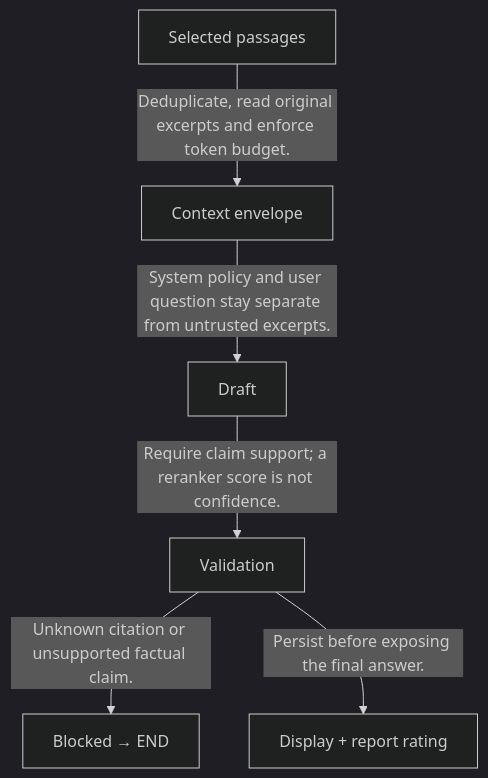
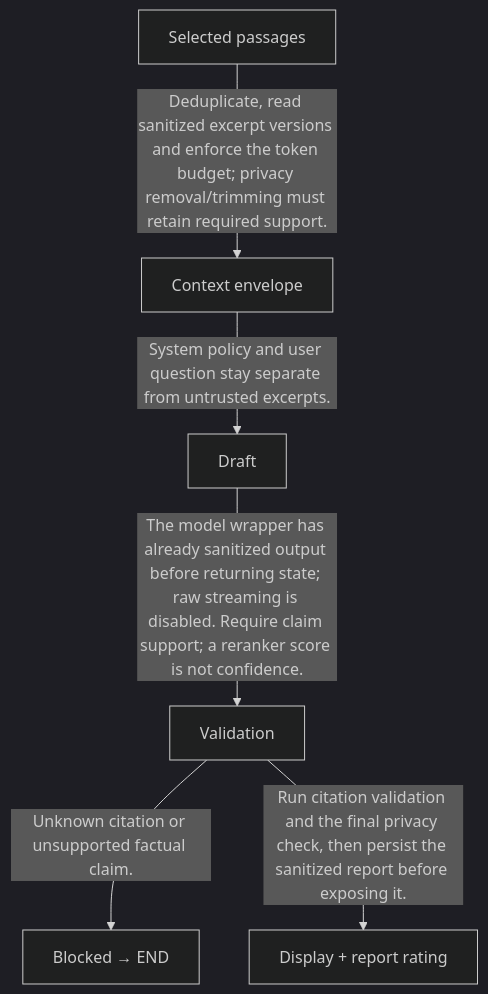
Before and after one commit to ByronHo68/ai-learning-academy: the fifth of 11 diagrams in docs/FINANCIAL_REPORT_DEVELOPMENT_PROPOSAL.md, drawn with Mermaid (dark theme). The commit also changed other lines of this file and 64 other files, not shown here.

````diff
--- a/docs/FINANCIAL_REPORT_DEVELOPMENT_PROPOSAL.md
+++ b/docs/FINANCIAL_REPORT_DEVELOPMENT_PROPOSAL.md
@@ -2169,14 +2231,14 @@
 ```mermaid
 flowchart TD
   n0["Selected passages"]
   n1["Context envelope"]
   n2["Draft"]
   n3["Validation"]
   n4["Blocked → END"]
   n5["Display + report rating"]
-  n0 -->|"Deduplicate, read original excerpts and enforce token budget."| n1
+  n0 -->|"Deduplicate, read sanitized excerpt versions and enforce the token budget; privacy removal/trimming must retain required support."| n1
   n1 -->|"System policy and user question stay separate from untrusted excerpts."| n2
-  n2 -->|"Require claim support; a reranker score is not confidence."| n3
+  n2 -->|"The model wrapper has already sanitized output before returning state; raw streaming is disabled. Require claim support; a reranker score is not confidence."| n3
   n3 -->|"Unknown citation or unsupported factual claim."| n4
-  n3 -->|"Persist before exposing the final answer."| n5
+  n3 -->|"Run citation validation and the final privacy check, then persist the sanitized report before exposing it."| n5
 ```
````
